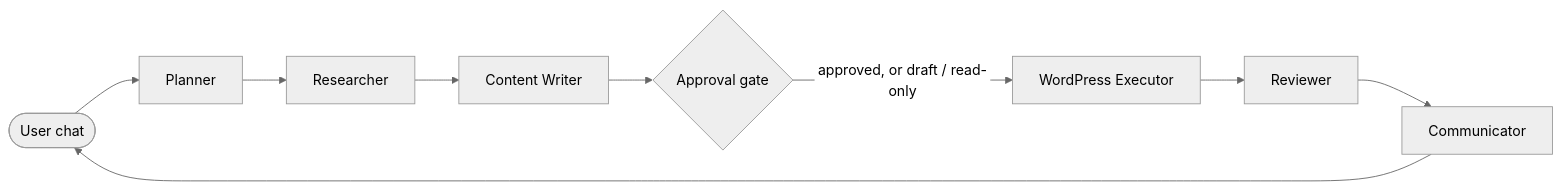
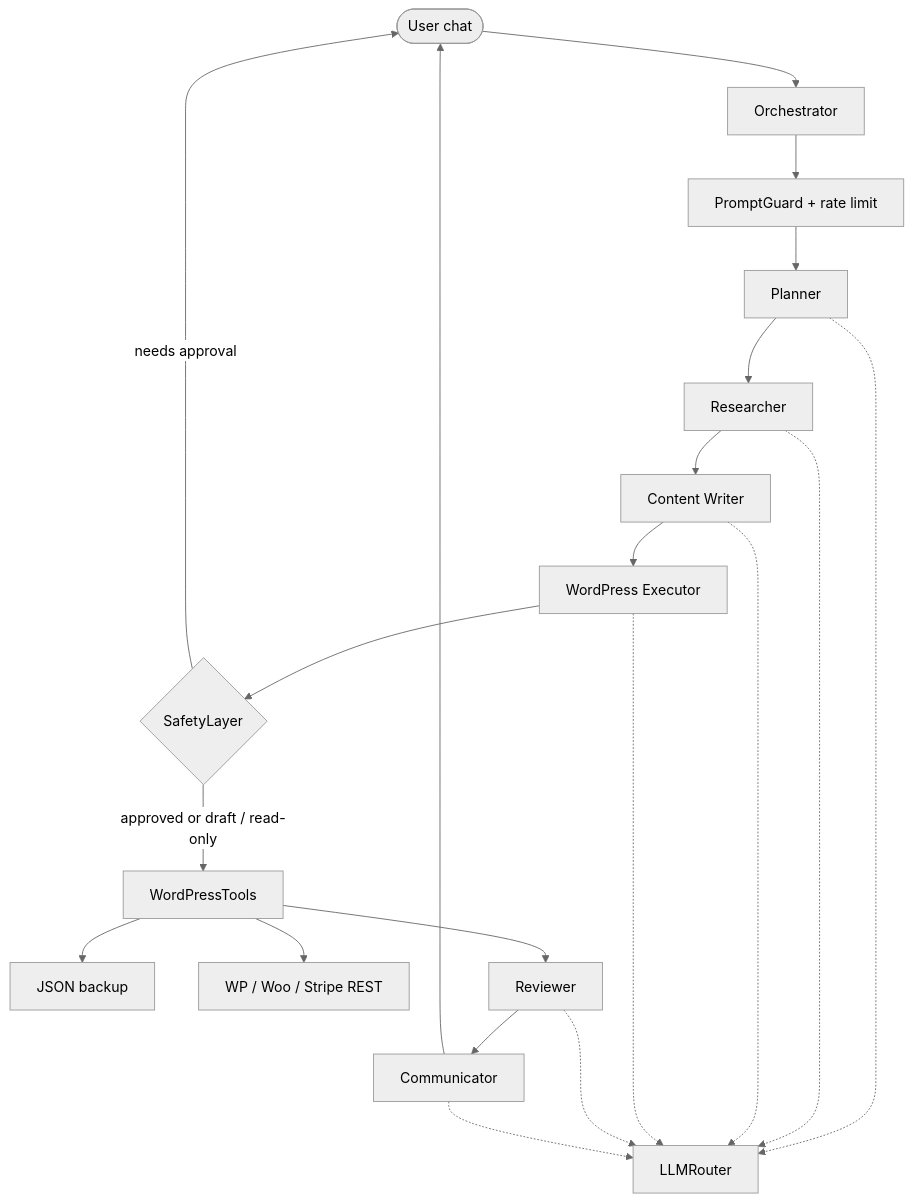
Before and after one commit to DannyBarren/WordPressGenius: the diagram in README.md, drawn with Mermaid (neutral theme). The commit also changed other lines of this file and 6 other files, not shown here.

````diff
--- a/README.md
+++ b/README.md
@@ -57,11 +17,23 @@
 ```mermaid
-flowchart LR
-    U([User chat]) --> P[Planner]
+flowchart TB
+    U([User chat]) --> O[Orchestrator]
+    O --> G[PromptGuard + rate limit]
+    G --> P[Planner]
     P --> R[Researcher]
     R --> W[Content Writer]
-    W --> G{Approval gate}
-    G -->|approved, or draft / read-only| E[WordPress Executor]
-    E --> V[Reviewer]
+    W --> E[WordPress Executor]
+    E --> S{SafetyLayer}
+    S -->|needs approval| U
+    S -->|approved or draft / read-only| T[WordPressTools]
+    T --> B[JSON backup]
+    T --> WP[WP / Woo / Stripe REST]
+    T --> V[Reviewer]
     V --> C[Communicator]
     C --> U
+    P -.-> L[LLMRouter]
+    R -.-> L
+    W -.-> L
+    E -.-> L
+    V -.-> L
+    C -.-> L
 ```
````
